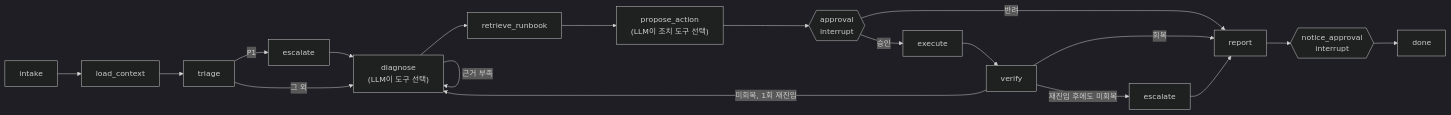
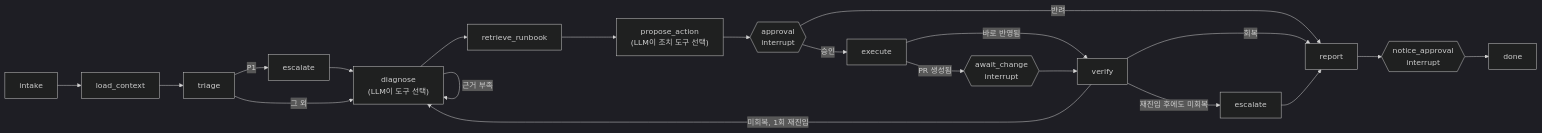
One commit to bbbbb0413/ai-agent-capstone changed the third of 3 diagrams in docs/OpsLens-기획안.md. Above: the diagram before and after it, drawn with Mermaid (dark theme). The commit also changed other lines of this file and 18 other files, not shown here.

````diff
--- a/docs/OpsLens-기획안.md
+++ b/docs/OpsLens-기획안.md
@@ -143,15 +244,17 @@
 ```mermaid
 flowchart LR
     intake --> load_context --> triage
     triage -- P1 --> escalate --> diagnose
     triage -- 그 외 --> diagnose
     diagnose["diagnose<br/>(LLM이 도구 선택)"] -- 근거 부족 --> diagnose
     diagnose --> retrieve_runbook --> propose_action["propose_action<br/>(LLM이 조치 도구 선택)"]
     propose_action --> approval{{approval<br/>interrupt}}
     approval -- 반려 --> report
-    approval -- 승인 --> execute --> verify
+    approval -- 승인 --> execute
+    execute -- 바로 반영됨 --> verify
+    execute -- PR 생성됨 --> await_change{{await_change<br/>interrupt}} --> verify
     verify -- 회복 --> report
     verify -- 미회복, 1회 재진입 --> diagnose
     verify -- 재진입 후에도 미회복 --> escalate2[escalate] --> report
     report --> notice_approval{{notice_approval<br/>interrupt}} --> done
 ```
````
